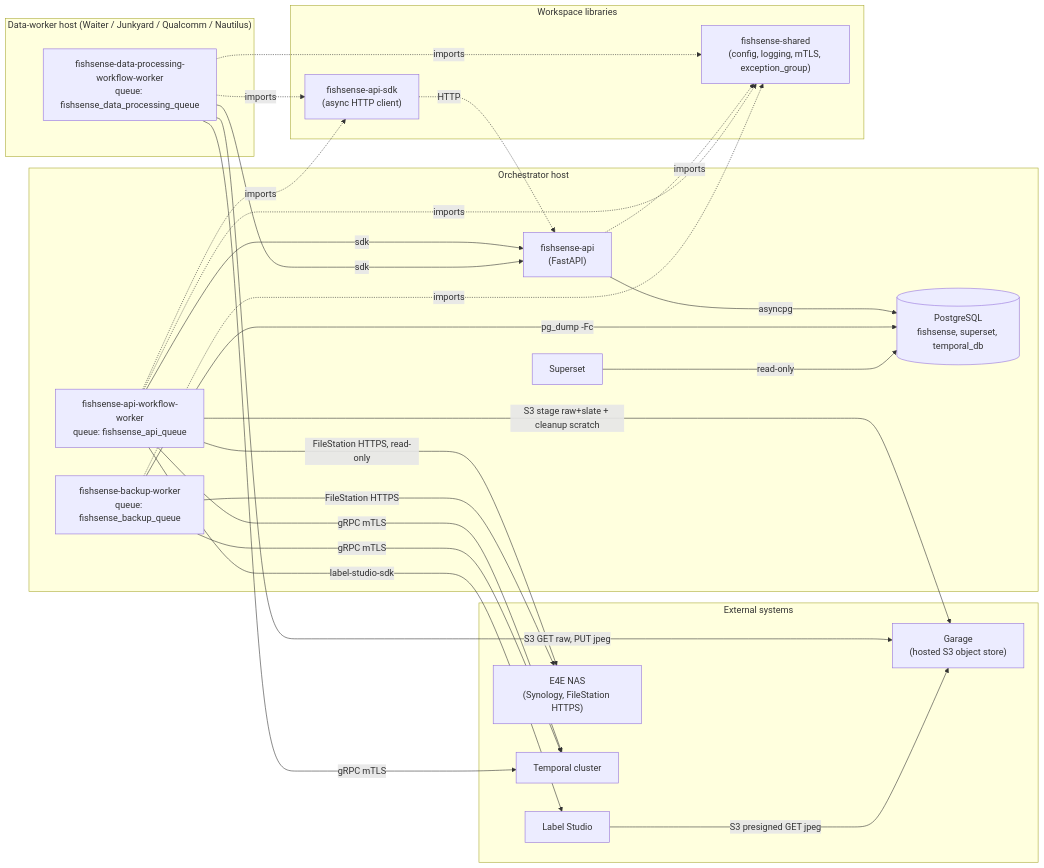
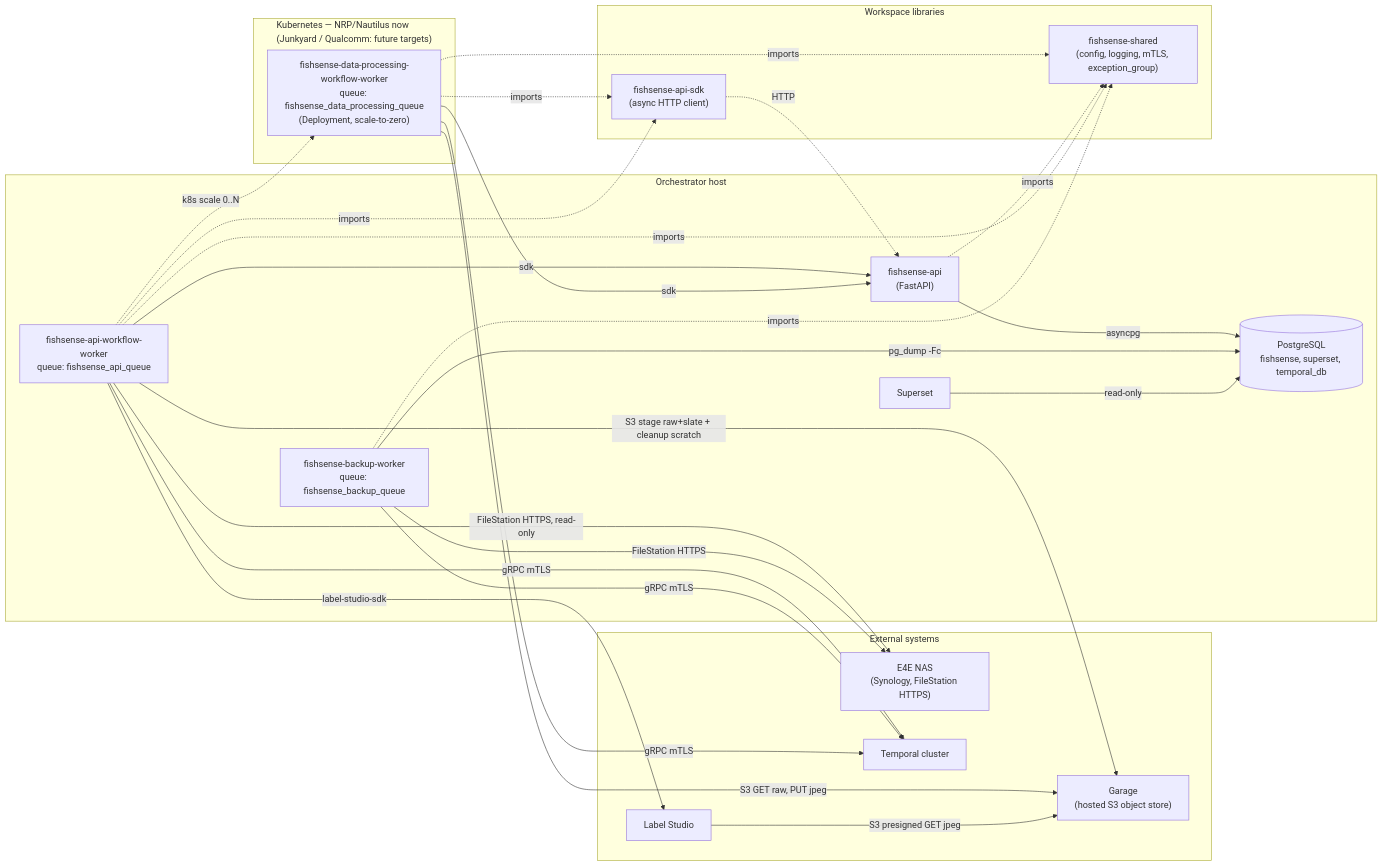
One commit to UCSD-E4E/fishsense-lite changed the first of 8 diagrams in docs/diagrams.md. Above: the diagram before and after it, drawn with Mermaid. The commit also changed other lines of this file and 46 other files, not shown here.

````diff
--- a/docs/diagrams.md
+++ b/docs/diagrams.md
@@ -22,50 +22,51 @@
 ```mermaid
 flowchart LR
     subgraph EXT[External systems]
         LS[Label Studio]
         NAS["E4E NAS<br/>(Synology, FileStation HTTPS)"]
         GAR["Garage<br/>(hosted S3 object store)"]
         TC["Temporal cluster"]
     end
 
     subgraph ORCH["Orchestrator host"]
         API["fishsense-api<br/>(FastAPI)"]
         APIWW["fishsense-api-workflow-worker<br/>queue: fishsense_api_queue"]
         BUW["fishsense-backup-worker<br/>queue: fishsense_backup_queue"]
         PG[("PostgreSQL<br/>fishsense, superset, temporal_db")]
         SUP["Superset"]
     end
 
-    subgraph DWHOST["Data-worker host (Waiter / Junkyard / Qualcomm / Nautilus)"]
-        DPW["fishsense-data-processing-workflow-worker<br/>queue: fishsense_data_processing_queue"]
+    subgraph NRP["Kubernetes — NRP/Nautilus now<br/>(Junkyard / Qualcomm: future targets)"]
+        DPW["fishsense-data-processing-workflow-worker<br/>queue: fishsense_data_processing_queue<br/>(Deployment, scale-to-zero)"]
     end
 
     subgraph LIBS["Workspace libraries"]
         SHARED["fishsense-shared<br/>(config, logging, mTLS, exception_group)"]
         SDK["fishsense-api-sdk<br/>(async HTTP client)"]
     end
 
     API   --->|asyncpg| PG
     APIWW --->|sdk| API
     APIWW --->|label-studio-sdk| LS
     APIWW --->|gRPC mTLS| TC
     APIWW --->|FileStation HTTPS, read-only| NAS
     APIWW --->|S3 stage raw+slate + cleanup scratch| GAR
+    APIWW -.->|k8s scale 0..N| DPW
     DPW   --->|sdk| API
     DPW   --->|gRPC mTLS| TC
     DPW   --->|S3 GET raw, PUT jpeg| GAR
     LS    --->|S3 presigned GET jpeg| GAR
     BUW   --->|pg_dump -Fc| PG
     BUW   --->|FileStation HTTPS| NAS
     BUW   --->|gRPC mTLS| TC
     SUP   --->|read-only| PG
 
     %% Library deps (workspace)
     API   -.->|imports| SHARED
     APIWW -.->|imports| SHARED
     APIWW -.->|imports| SDK
     DPW   -.->|imports| SHARED
     DPW   -.->|imports| SDK
     BUW   -.->|imports| SHARED
     SDK   -.->|HTTP| API
 ```
````
